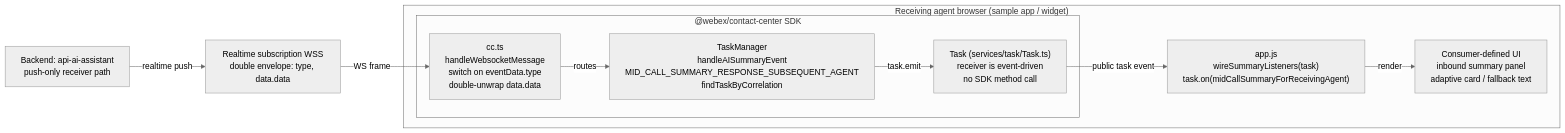
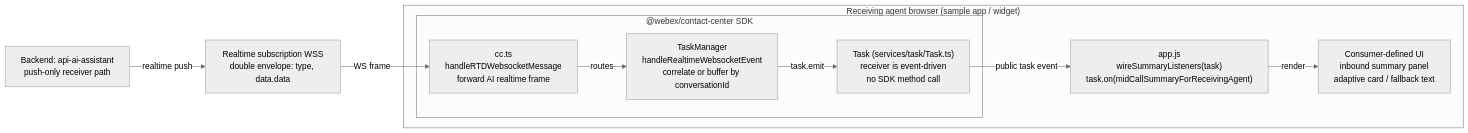
Before and after one commit to webex/webex-js-sdk: the first of 2 diagrams in ai-summary-receiver-flow.md, drawn with Mermaid (neutral theme). The commit also changed other lines of this file and 4 other files, not shown here.

````diff
--- a/ai-summary-receiver-flow.md
+++ b/ai-summary-receiver-flow.md
@@ -15,20 +15,20 @@
 ```mermaid
 flowchart LR
   subgraph Browser["Receiving agent browser (sample app / widget)"]
     UI["Consumer-defined UI<br/>inbound summary panel<br/>adaptive card / fallback text"]
     App["app.js<br/>wireSummaryListeners(task)<br/>task.on(midCallSummaryForReceivingAgent)"]
     subgraph SDK["@webex/contact-center SDK"]
       Task["Task (services/task/Task.ts)<br/>receiver is event-driven<br/>no SDK method call"]
-      TM["TaskManager<br/>handleAISummaryEvent<br/>MID_CALL_SUMMARY_RESPONSE_SUBSEQUENT_AGENT<br/>findTaskByCorrelation"]
-      CC["cc.ts<br/>handleWebsocketMessage<br/>switch on eventData.type<br/>double-unwrap data.data"]
+      TM["TaskManager<br/>handleRealtimeWebsocketEvent<br/>correlate or buffer by conversationId"]
+      CC["cc.ts<br/>handleRTDWebsocketMessage<br/>forward AI realtime frame"]
     end
     App -->|render| UI
     CC -->|routes| TM
     TM -->|task.emit| Task
     Task -->|public task event| App
   end
   Backend["Backend: api-ai-assistant<br/>push-only receiver path"]
   WS["Realtime subscription WSS<br/>double envelope: type, data.data"]
   Backend -->|realtime push| WS
   WS -->|WS frame| CC
 ```
````
